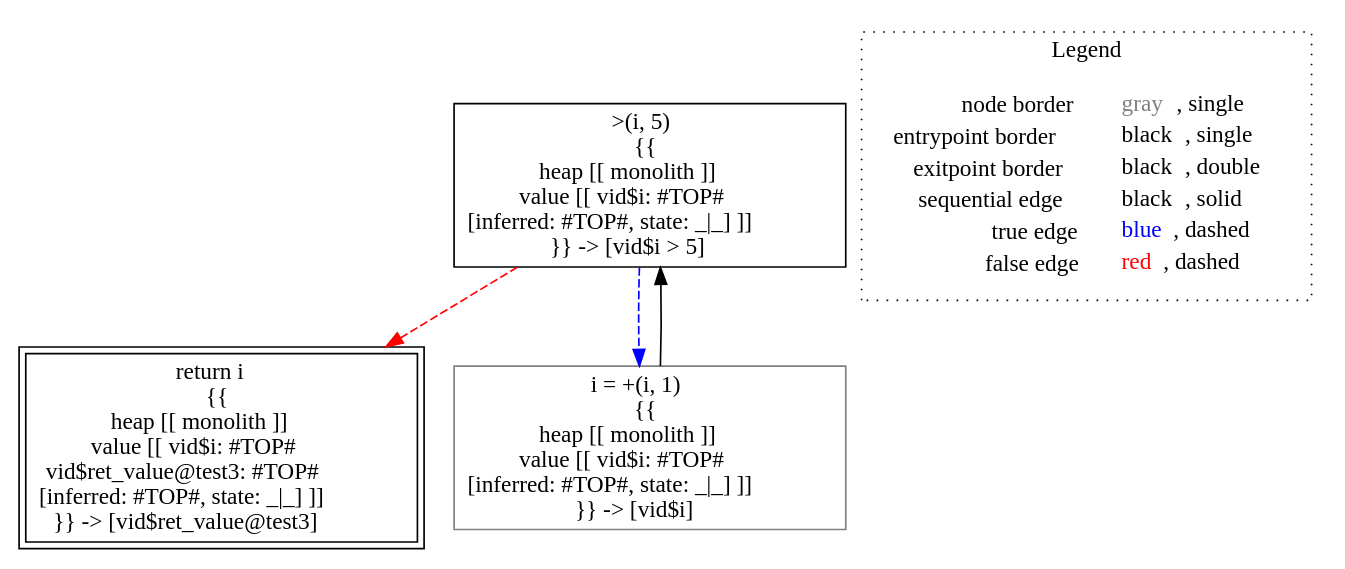
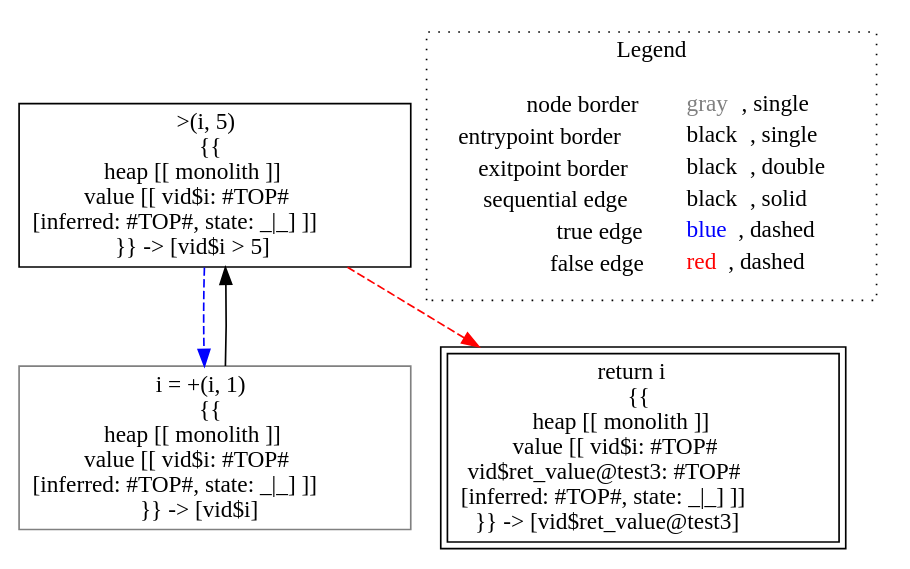
One commit to lisa-analyzer/lisa changed the diagram in lisa/imp-testcases/type-inference/typing___untyped_typing.test3(untyped_i).dot. Above: the diagram before and after it, drawn with Graphviz. The commit also changed 30 other files, not shown here.

```diff
--- a/lisa/imp-testcases/type-inference/typing___untyped_typing.test3(untyped_i).dot
+++ b/lisa/imp-testcases/type-inference/typing___untyped_typing.test3(untyped_i).dot
@@ -1,15 +1,15 @@
 digraph {
 	"node0" [shape="rect",color="black",label=<&gt;(i, 5)<BR/>{{<BR/>heap [[ monolith ]]<BR/>value [[ vid$i: #TOP#<BR/>[inferred: #TOP#, state: _|_] ]]<BR/>}} -&gt; [vid$i &gt; 5]>];
-	"node1" [shape="rect",color="black",peripheries="2",label=<return i<BR/>{{<BR/>heap [[ monolith ]]<BR/>value [[ vid$i: #TOP#<BR/>vid$ret_value@test3: #TOP#<BR/>[inferred: #TOP#, state: _|_] ]]<BR/>}} -&gt; [vid$ret_value@test3]>];
-	"node2" [shape="rect",color="gray",label=<i = +(i, 1)<BR/>{{<BR/>heap [[ monolith ]]<BR/>value [[ vid$i: #TOP#<BR/>[inferred: #TOP#, state: _|_] ]]<BR/>}} -&gt; [vid$i]>];
-	"node2" -> "node0" [color="black"];
-	"node0" -> "node1" [color="red",style="dashed"];
-	"node0" -> "node2" [color="blue",style="dashed"];
+	"node1" [shape="rect",color="gray",label=<i = +(i, 1)<BR/>{{<BR/>heap [[ monolith ]]<BR/>value [[ vid$i: #TOP#<BR/>[inferred: #TOP#, state: _|_] ]]<BR/>}} -&gt; [vid$i]>];
+	"node2" [shape="rect",color="black",peripheries="2",label=<return i<BR/>{{<BR/>heap [[ monolith ]]<BR/>value [[ vid$i: #TOP#<BR/>vid$ret_value@test3: #TOP#<BR/>[inferred: #TOP#, state: _|_] ]]<BR/>}} -&gt; [vid$ret_value@test3]>];
+	"node0" -> "node1" [color="blue",style="dashed"];
+	"node0" -> "node2" [color="red",style="dashed"];
+	"node1" -> "node0" [color="black"];
 subgraph cluster_legend {
 	label="Legend";
 	style=dotted;
 	node [shape=plaintext];
 	"legend" [label=<<table border="0" cellpadding="2" cellspacing="0" cellborder="0"><tr><td align="right">node border&nbsp;</td><td align="left"><font color="gray">gray</font>, single</td></tr><tr><td align="right">entrypoint border&nbsp;</td><td align="left"><font color="black">black</font>, single</td></tr><tr><td align="right">exitpoint border&nbsp;</td><td align="left"><font color="black">black</font>, double</td></tr><tr><td align="right">sequential edge&nbsp;</td><td align="left"><font color="black">black</font>, solid</td></tr><tr><td align="right">true edge&nbsp;</td><td align="left"><font color="blue">blue</font>, dashed</td></tr><tr><td align="right">false edge&nbsp;</td><td align="left"><font color="red">red</font>, dashed</td></tr></table>>];
 }
 
 }
```
